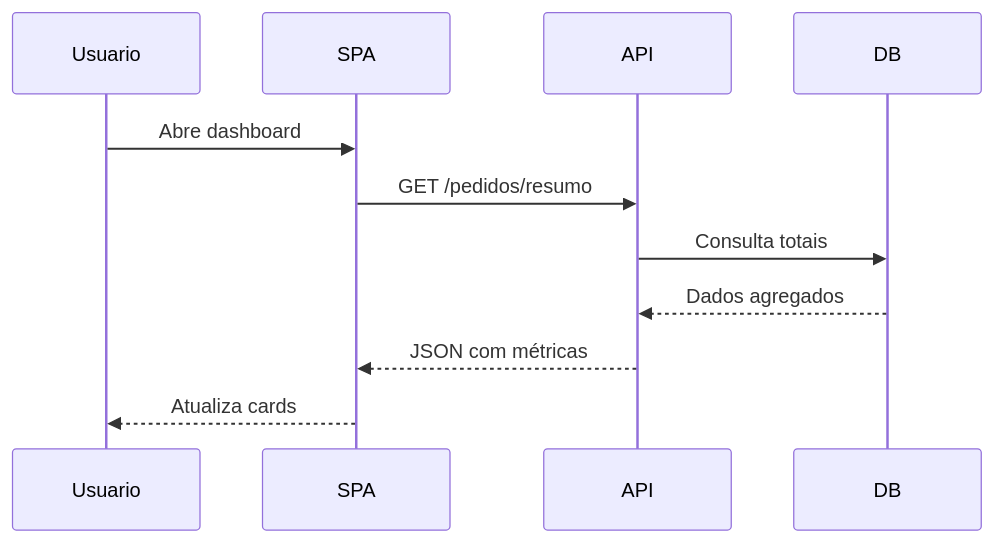
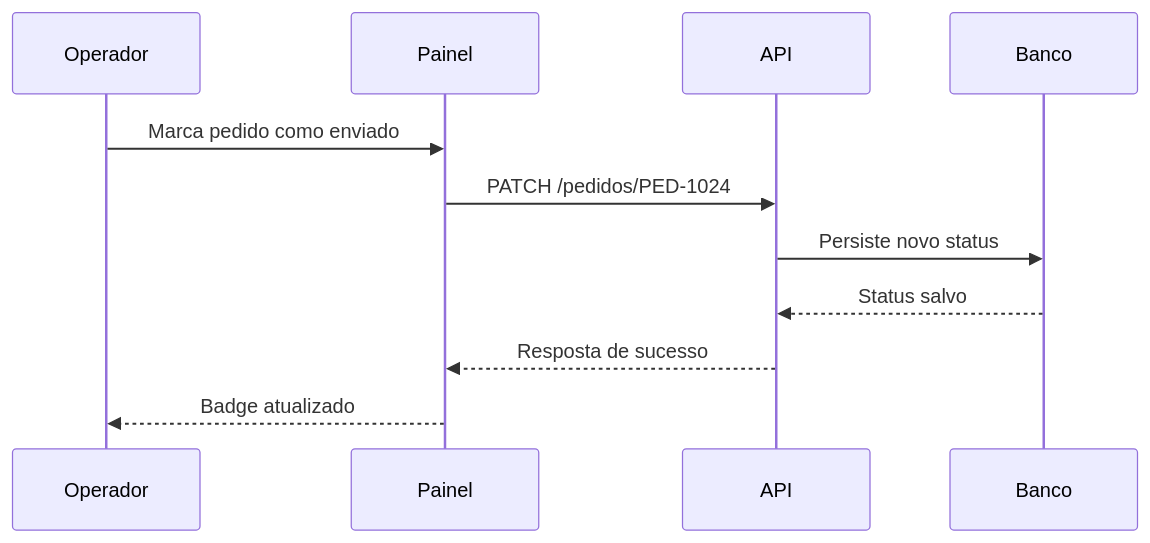
The diagram in exemplo-markdown-04.md (adriano-inf-br/markdown-editor-01), drawn with Mermaid before and after one commit. The commit also changed other lines of this file and 32 other files, not shown here.

Commit message:
Padroniza exemplos para painel de pedidos

````diff
--- a/exemplo-markdown-04.md
+++ b/exemplo-markdown-04.md
@@ -30,14 +29,14 @@
 ```mermaid
 sequenceDiagram
-    participant Usuario
-    participant SPA
+    participant Operador
+    participant Painel
     participant API
-    participant DB
+    participant Banco
 
-    Usuario->>SPA: Abre dashboard
-    SPA->>API: GET /pedidos/resumo
-    API->>DB: Consulta totais
-    DB-->>API: Dados agregados
-    API-->>SPA: JSON com métricas
-    SPA-->>Usuario: Atualiza cards
+    Operador->>Painel: Marca pedido como enviado
+    Painel->>API: PATCH /pedidos/PED-1024
+    API->>Banco: Persiste novo status
+    Banco-->>API: Status salvo
+    API-->>Painel: Resposta de sucesso
+    Painel-->>Operador: Badge atualizado
 ```
````
